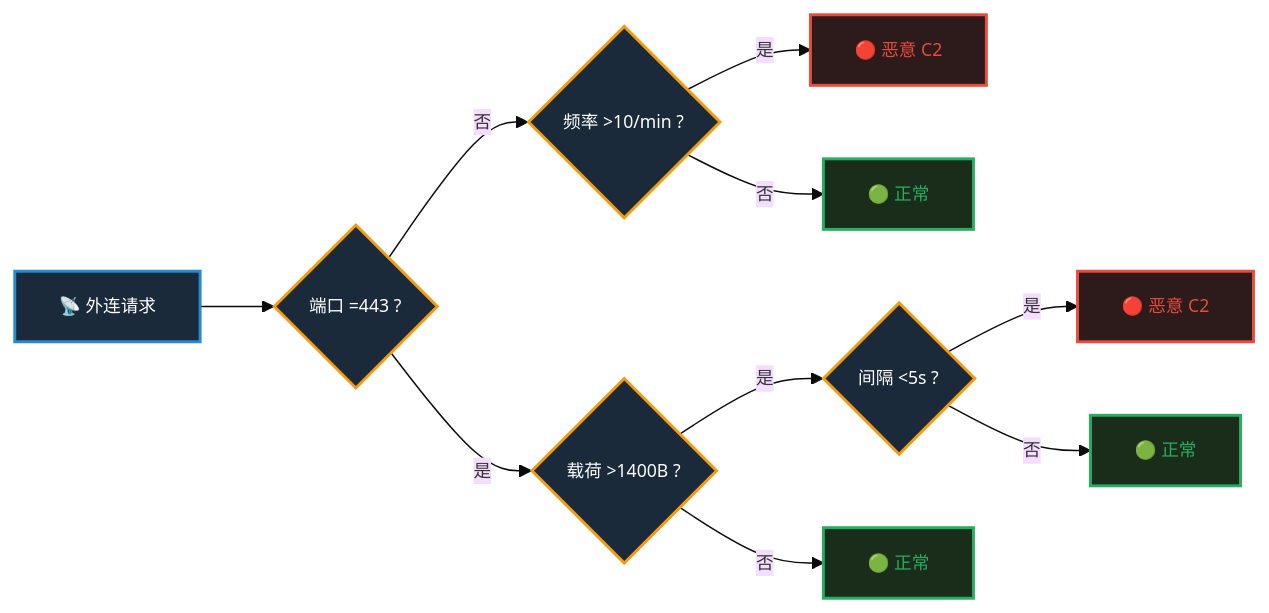
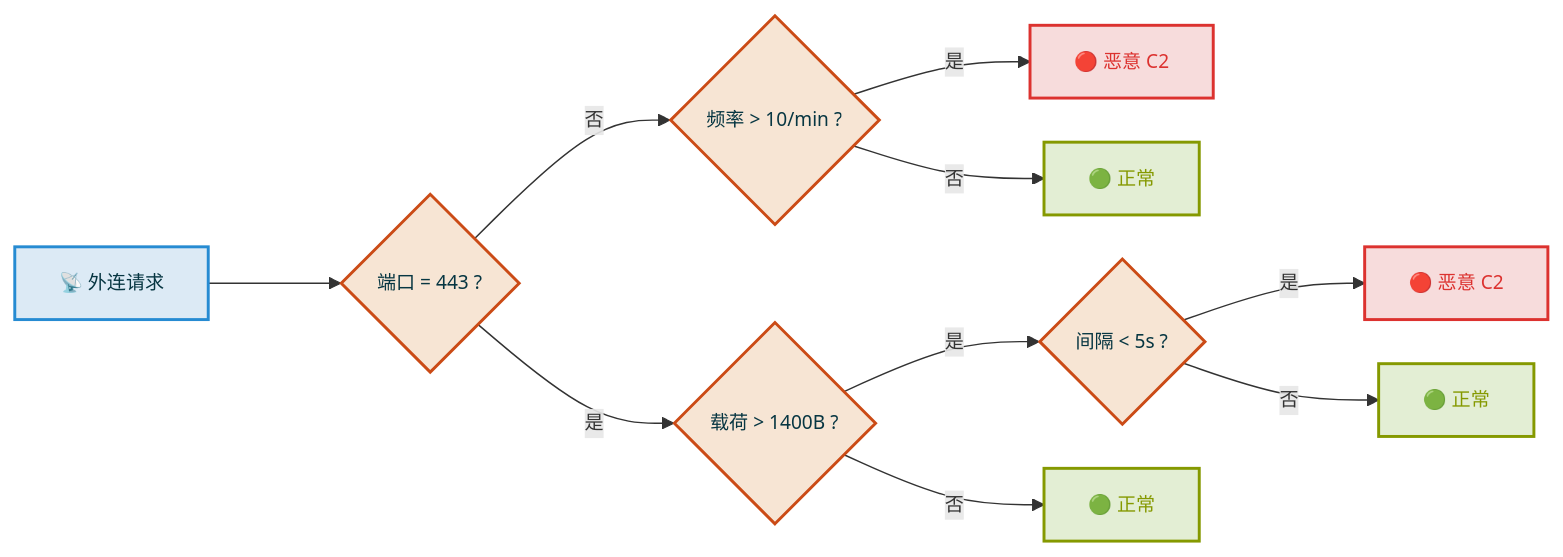
The first of 3 diagrams in datamining/slides/02_tree.md (YangYibiao/yangyibiao.github.io), drawn with Mermaid before and after one commit. The commit also changed other lines of this file and 13 other files, not shown here.

First line of the commit message:
datamining: add course index page; polish decks (layout, emphasis, font-size floor)

````diff
--- a/datamining/slides/02_tree.md
+++ b/datamining/slides/02_tree.md
@@ -109,29 +125,29 @@
 ```mermaid
-%%{init: { 'theme': 'base', 'themeVariables': { 'fontSize': '12px' } } }%%
+%%{init: { 'themeVariables': { 'fontSize': '13px' }, 'flowchart': { 'nodeSpacing': 30, 'rankSpacing': 90 } } }%%
 flowchart LR
-    A["📡 外连请求"]
-    --> B{"端口 =443 ?"}
+    A["　📡 外连请求　"]
+    --> B{"　端口 = 443 ?　"}
 
-    B -->|否| C{"频率 >10/min ?"}
-    B -->|是| D{"载荷 >1400B ?"}
+    B -->|否| C{"　频率 > 10/min ?　"}
+    B -->|是| D{"　载荷 > 1400B ?　"}
 
     C -->|是| E["🔴 恶意 C2"]
     C -->|否| F["🟢 正常"]
 
-    D -->|是| G{"间隔 <5s ?"}
+    D -->|是| G{"　间隔 < 5s ?　"}
     D -->|否| H["🟢 正常"]
 
     G -->|是| I["🔴 恶意 C2"]
     G -->|否| J["🟢 正常"]
 
-    style A fill:#1a2a3a,stroke:#268bd2,stroke-width:2px,color:#fff
-    style B fill:#1a2a3a,stroke:#f39c12,stroke-width:2px,color:#fff
-    style C fill:#1a2a3a,stroke:#f39c12,stroke-width:2px,color:#fff
-    style D fill:#1a2a3a,stroke:#f39c12,stroke-width:2px,color:#fff
-    style G fill:#1a2a3a,stroke:#f39c12,stroke-width:2px,color:#fff
-    style E fill:#2d1b1b,stroke:#e74c3c,stroke-width:2px,color:#e74c3c
-    style I fill:#2d1b1b,stroke:#e74c3c,stroke-width:2px,color:#e74c3c
-    style F fill:#1a2d1a,stroke:#27ae60,stroke-width:2px,color:#27ae60
-    style H fill:#1a2d1a,stroke:#27ae60,stroke-width:2px,color:#27ae60
-    style J fill:#1a2d1a,stroke:#27ae60,stroke-width:2px,color:#27ae60
+    style A fill:#dceaf5,stroke:#268bd2,stroke-width:2px,color:#073642
+    style B fill:#f7e5d4,stroke:#cb4b16,stroke-width:2px,color:#073642
+    style C fill:#f7e5d4,stroke:#cb4b16,stroke-width:2px,color:#073642
+    style D fill:#f7e5d4,stroke:#cb4b16,stroke-width:2px,color:#073642
+    style G fill:#f7e5d4,stroke:#cb4b16,stroke-width:2px,color:#073642
+    style E fill:#f7dcdc,stroke:#dc322f,stroke-width:2px,color:#dc322f
+    style I fill:#f7dcdc,stroke:#dc322f,stroke-width:2px,color:#dc322f
+    style F fill:#e3eed4,stroke:#859900,stroke-width:2px,color:#859900
+    style H fill:#e3eed4,stroke:#859900,stroke-width:2px,color:#859900
+    style J fill:#e3eed4,stroke:#859900,stroke-width:2px,color:#859900
 ```
````
